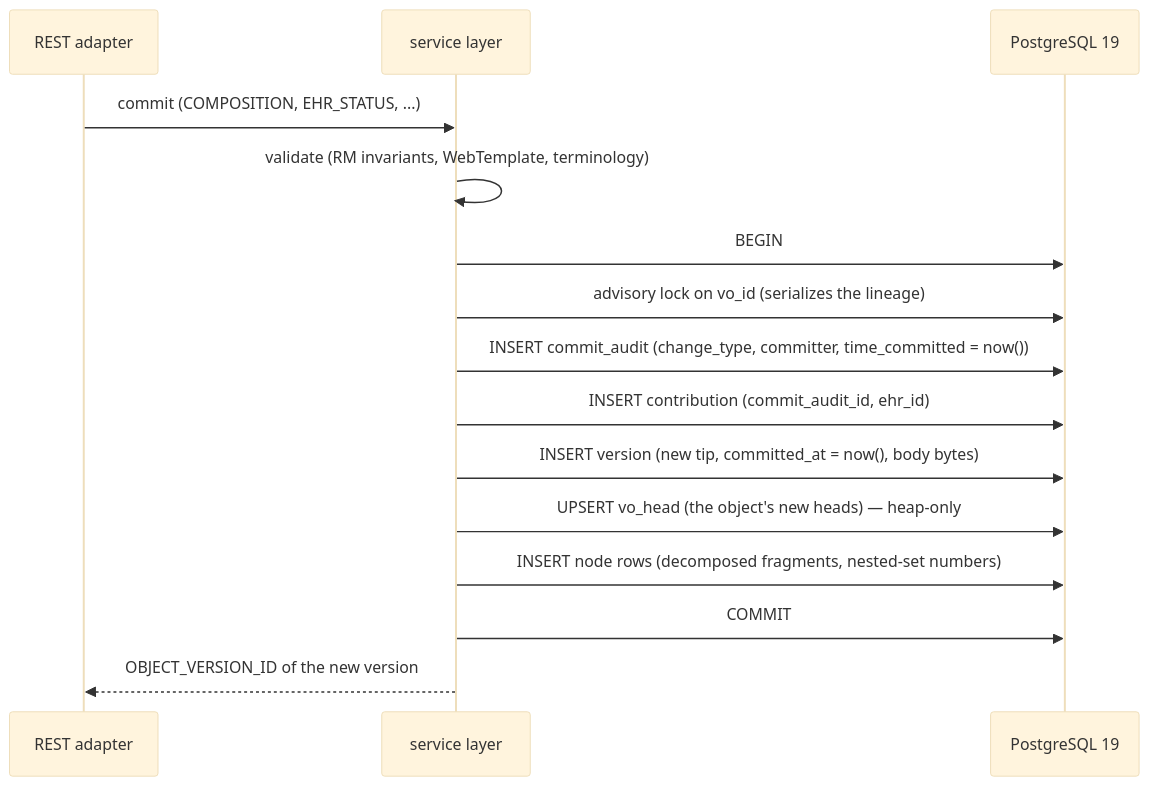
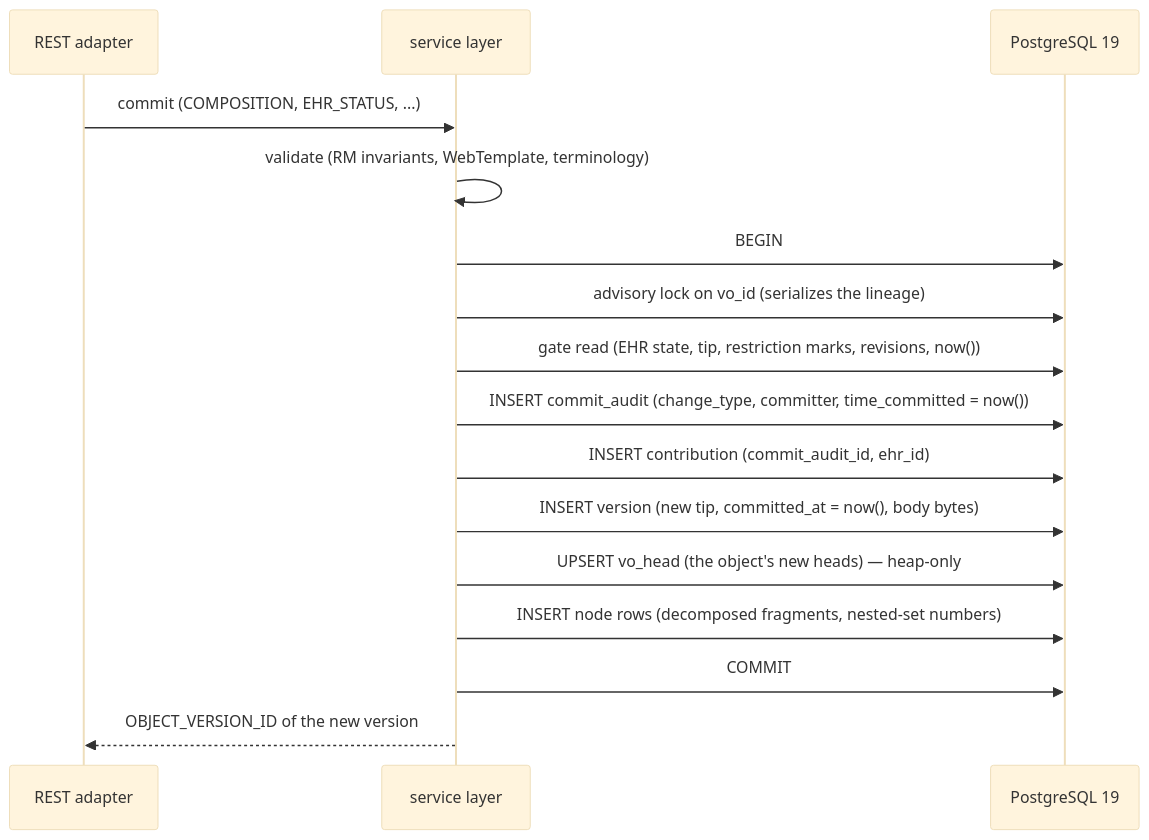
The fifth of 6 diagrams in website/book/src/concepts/storage.md (FerroHEALTH/FerroEHR), drawn with Mermaid (base theme) before and after one commit. The commit also changed other lines of this file and 16 other files, not shown here.

First line of the commit message:
perf(commit): judge a composition write's pre-checks on one gate read (#6256)

````diff
--- a/website/book/src/concepts/storage.md
+++ b/website/book/src/concepts/storage.md
@@ -335,18 +335,19 @@
 ```mermaid
 sequenceDiagram
     participant R as REST adapter
     participant S as service layer
     participant PG as PostgreSQL 19
 
     R->>S: commit (COMPOSITION, EHR_STATUS, ...)
     S->>S: validate (RM invariants, WebTemplate, terminology)
     S->>PG: BEGIN
     S->>PG: advisory lock on vo_id (serializes the lineage)
+    S->>PG: gate read (EHR state, tip, restriction marks, revisions, now())
     S->>PG: INSERT commit_audit (change_type, committer, time_committed = now())
     S->>PG: INSERT contribution (commit_audit_id, ehr_id)
     S->>PG: INSERT version (new tip, committed_at = now(), body bytes)
     S->>PG: UPSERT vo_head (the object's new heads) — heap-only
     S->>PG: INSERT node rows (decomposed fragments, nested-set numbers)
     S->>PG: COMMIT
     S-->>R: OBJECT_VERSION_ID of the new version
 ```
````
